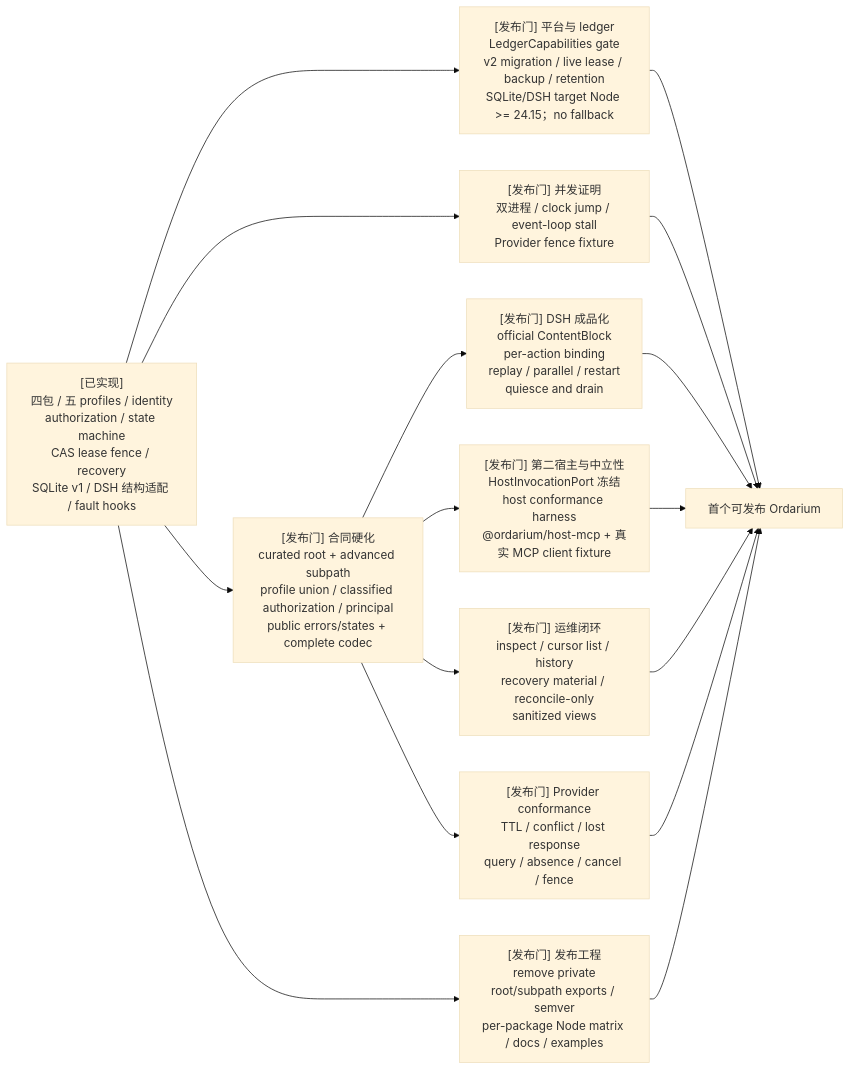
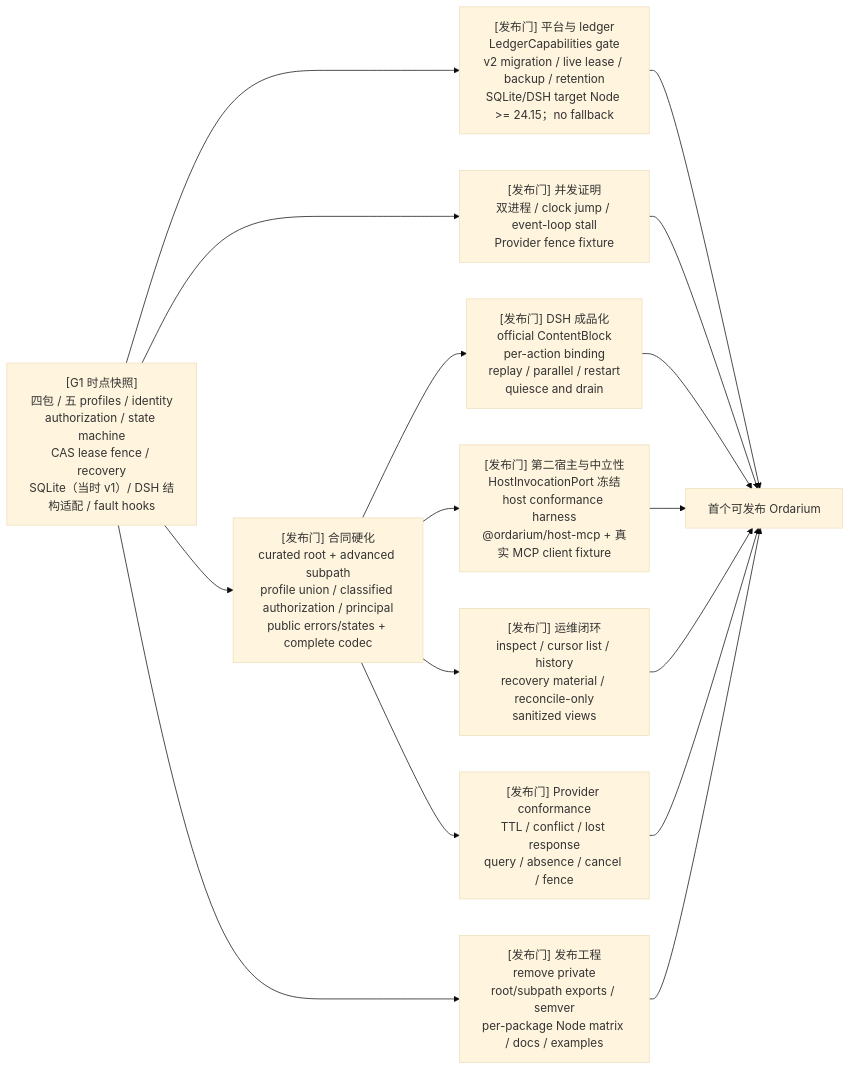
Before and after one commit to orangeofcarl0-sys/ordarium: diagram 37 of 41 in docs/16-ordarium-mermaid-architecture-atlas.md, drawn with Mermaid (base theme). The commit also changed other lines of this file and 15 other files, not shown here.

````diff
--- a/docs/16-ordarium-mermaid-architecture-atlas.md
+++ b/docs/16-ordarium-mermaid-architecture-atlas.md
@@ -1330,30 +1336,30 @@
 ```mermaid
 flowchart LR
-    CURRENT["[已实现]<br/>四包 / 五 profiles / identity<br/>authorization / state machine<br/>CAS lease fence / recovery<br/>SQLite v1 / DSH 结构适配 / fault hooks"]
+    CURRENT["[G1 时点快照]<br/>四包 / 五 profiles / identity<br/>authorization / state machine<br/>CAS lease fence / recovery<br/>SQLite（当时 v1）/ DSH 结构适配 / fault hooks"]
 
     CONTRACT["[发布门] 合同硬化<br/>curated root + advanced subpath<br/>profile union / classified authorization / principal<br/>public errors/states + complete codec"]
     PLATFORM["[发布门] 平台与 ledger<br/>LedgerCapabilities gate<br/>v2 migration / live lease / backup / retention<br/>SQLite/DSH target Node >= 24.15；no fallback"]
     CONCURRENCY["[发布门] 并发证明<br/>双进程 / clock jump / event-loop stall<br/>Provider fence fixture"]
     DSH["[发布门] DSH 成品化<br/>official ContentBlock<br/>per-action binding<br/>replay / parallel / restart<br/>quiesce and drain"]
     HOSTPKG["[发布门] 第二宿主与中立性<br/>HostInvocationPort 冻结<br/>host conformance harness<br/>@ordarium/host-mcp + 真实 MCP client fixture"]
     OPS["[发布门] 运维闭环<br/>inspect / cursor list / history<br/>recovery material / reconcile-only<br/>sanitized views"]
     PROVIDER["[发布门] Provider conformance<br/>TTL / conflict / lost response<br/>query / absence / cancel / fence"]
     PACKAGE["[发布门] 发布工程<br/>remove private<br/>root/subpath exports / semver<br/>per-package Node matrix / docs / examples"]
     RELEASE["首个可发布 Ordarium"]
 
     CURRENT --> CONTRACT
     CURRENT --> PLATFORM
     CURRENT --> CONCURRENCY
     CONTRACT --> DSH
     CONTRACT --> HOSTPKG
     CONTRACT --> OPS
     CONTRACT --> PROVIDER
     PLATFORM --> RELEASE
     CONCURRENCY --> RELEASE
     DSH --> RELEASE
     HOSTPKG --> RELEASE
     OPS --> RELEASE
     PROVIDER --> RELEASE
     PACKAGE --> RELEASE
     CURRENT --> PACKAGE
 ```
````
